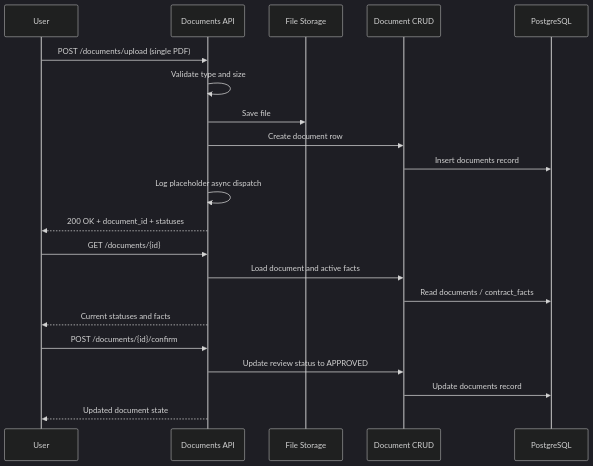
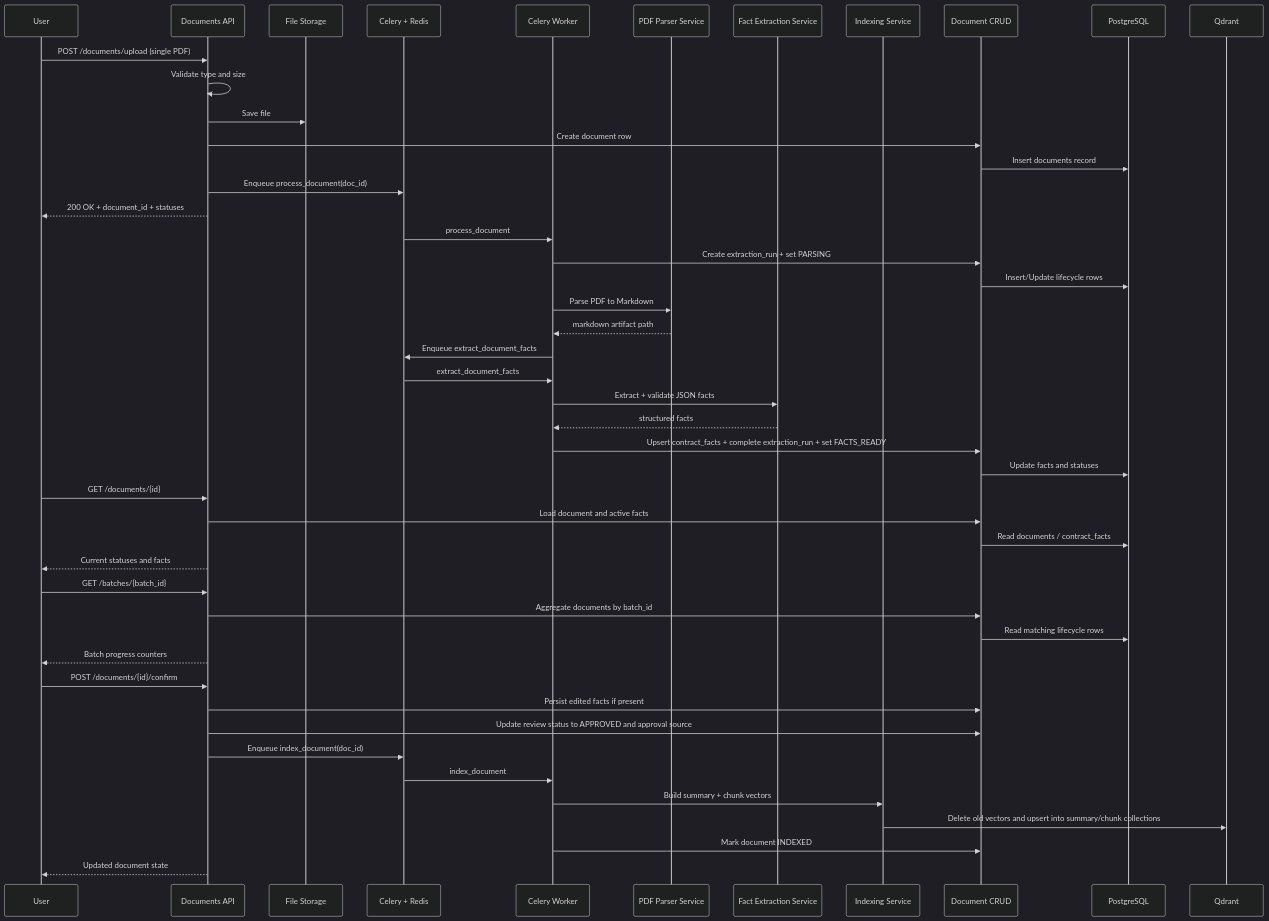
The diagram in docs/backend/processes/document_upload.md (2made1ra/amaterasu), drawn with Mermaid (dark theme) before and after one commit. The commit also changed other lines of this file and 29 other files, not shown here.

````diff
--- a/docs/backend/processes/document_upload.md
+++ b/docs/backend/processes/document_upload.md
@@ -51,26 +86,55 @@
 ```mermaid
 sequenceDiagram
     participant User
     participant API as Documents API
     participant Storage as File Storage
+    participant Queue as Celery + Redis
+    participant Worker as Celery Worker
+    participant Parser as PDF Parser Service
+    participant Extractor as Fact Extraction Service
+    participant Indexer as Indexing Service
     participant CRUD as Document CRUD
     participant DB as PostgreSQL
+    participant VectorDB as Qdrant
 
     User->>API: POST /documents/upload (single PDF)
     API->>API: Validate type and size
     API->>Storage: Save file
     API->>CRUD: Create document row
     CRUD->>DB: Insert documents record
-    API->>API: Log placeholder async dispatch
+    API->>Queue: Enqueue process_document(doc_id)
     API-->>User: 200 OK + document_id + statuses
+
+    Queue->>Worker: process_document
+    Worker->>CRUD: Create extraction_run + set PARSING
+    CRUD->>DB: Insert/Update lifecycle rows
+    Worker->>Parser: Parse PDF to Markdown
+    Parser-->>Worker: markdown artifact path
+    Worker->>Queue: Enqueue extract_document_facts
+
+    Queue->>Worker: extract_document_facts
+    Worker->>Extractor: Extract + validate JSON facts
+    Extractor-->>Worker: structured facts
+    Worker->>CRUD: Upsert contract_facts + complete extraction_run + set FACTS_READY
+    CRUD->>DB: Update facts and statuses
 
     User->>API: GET /documents/{id}
     API->>CRUD: Load document and active facts
     CRUD->>DB: Read documents / contract_facts
     API-->>User: Current statuses and facts
 
+    User->>API: GET /batches/{batch_id}
+    API->>CRUD: Aggregate documents by batch_id
+    CRUD->>DB: Read matching lifecycle rows
+    API-->>User: Batch progress counters
+
     User->>API: POST /documents/{id}/confirm
-    API->>CRUD: Update review status to APPROVED
-    CRUD->>DB: Update documents record
+    API->>CRUD: Persist edited facts if present
+    API->>CRUD: Update review status to APPROVED and approval source
+    API->>Queue: Enqueue index_document(doc_id)
+    Queue->>Worker: index_document
+    Worker->>Indexer: Build summary + chunk vectors
+    Indexer->>VectorDB: Delete old vectors and upsert into summary/chunk collections
+    Worker->>CRUD: Mark document INDEXED
     API-->>User: Updated document state
 ```
````
